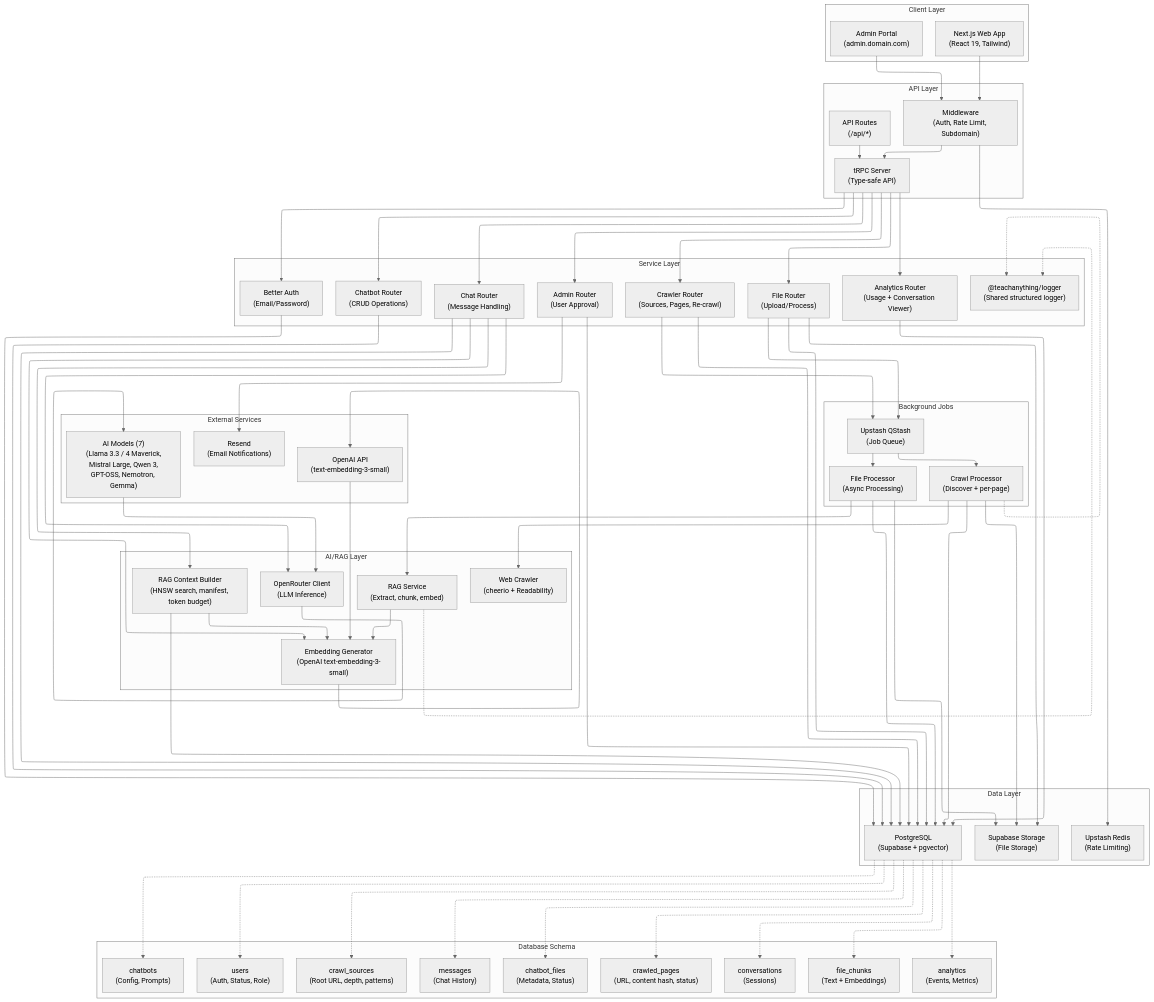
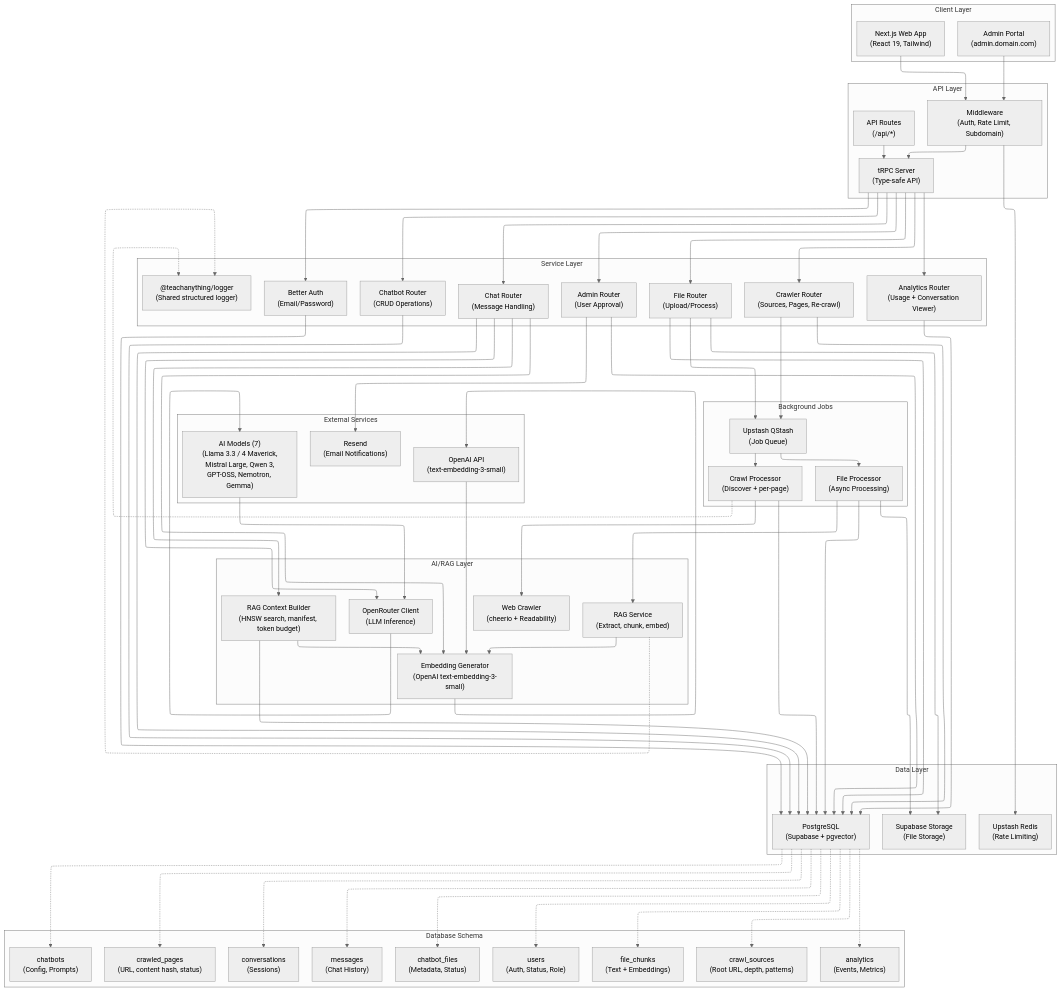
One commit to akhileshrangani4/teachanything changed the diagram in apps/web/public/diagrams/architecture/system_architecture.mmd. Above: the diagram before and after it, drawn with Mermaid (neutral theme). The commit also changed 12 other files, not shown here.

```diff
--- a/apps/web/public/diagrams/architecture/system_architecture.mmd
+++ b/apps/web/public/diagrams/architecture/system_architecture.mmd
@@ -1,81 +1,81 @@
 ---
 config:
   layout: elk
 ---
 flowchart TB
  subgraph subGraph0["Client Layer"]
         WebApp["Next.js Web App<br>(React 19, Tailwind)"]
         AdminPortal["Admin Portal<br>(admin.domain.com)"]
   end
  subgraph subGraph1["API Layer"]
         tRPC["tRPC Server<br>(Type-safe API)"]
         Middleware["Middleware<br>(Auth, Rate Limit, Subdomain)"]
         APIRoutes["API Routes<br>(/api/*)"]
   end
  subgraph subGraph2["Service Layer"]
         AuthService["Better Auth<br>(Email/Password)"]
         ChatRouter["Chat Router<br>(Message Handling)"]
         ChatbotRouter["Chatbot Router<br>(CRUD Operations)"]
         FileRouter["File Router<br>(Upload/Process)"]
         AdminRouter["Admin Router<br>(User Approval)"]
         AnalyticsRouter["Analytics Router<br>(Usage + Conversation Viewer)"]
         CrawlerRouter["Crawler Router<br>(Sources, Pages, Re-crawl)"]
         Logger["@teachanything/logger<br>(Shared structured logger)"]
   end
  subgraph subGraph3["AI/RAG Layer"]
         OpenRouter["OpenRouter Client<br>(LLM Inference)"]
         RAGService["RAG Service<br>(Extract, chunk, embed)"]
         RAGContext["RAG Context Builder<br>(HNSW search, manifest, token budget)"]
         EmbeddingGen["Embedding Generator<br>(OpenAI text-embedding-3-small)"]
         Crawler["Web Crawler<br>(cheerio + Readability)"]
   end
  subgraph subGraph4["Data Layer"]
         PostgreSQL["PostgreSQL<br>(Supabase + pgvector)"]
         Storage["Supabase Storage<br>(File Storage)"]
         Redis["Upstash Redis<br>(Rate Limiting)"]
   end
  subgraph subGraph5["Background Jobs"]
         QStash["Upstash QStash<br>(Job Queue)"]
         FileProcessor["File Processor<br>(Async Processing)"]
         CrawlProcessor["Crawl Processor<br>(Discover + per-page)"]
   end
  subgraph subGraph6["External Services"]
         Models["AI Models (7)<br>(Llama 3.3 / 4 Maverick,<br>Mistral Large, Qwen 3,<br>GPT-OSS, Nemotron, Gemma)"]
         OpenAI["OpenAI API<br>(text-embedding-3-small)"]
         Resend["Resend<br>(Email Notifications)"]
   end
  subgraph subGraph7["Database Schema"]
         Users["users<br>(Auth, Status, Role)"]
         Chatbots["chatbots<br>(Config, Prompts)"]
         Files["chatbot_files<br>(Metadata, Status)"]
         Chunks["file_chunks<br>(Text + Embeddings)"]
         Conversations["conversations<br>(Sessions)"]
         Messages["messages<br>(Chat History)"]
         Analytics["analytics<br>(Events, Metrics)"]
         CrawlSources["crawl_sources<br>(Root URL, depth, patterns)"]
         CrawledPages["crawled_pages<br>(URL, content hash, status)"]
   end
     WebApp --> Middleware
     AdminPortal --> Middleware
     Middleware --> tRPC & Redis
     tRPC --> AuthService & ChatRouter & ChatbotRouter & FileRouter & AdminRouter & AnalyticsRouter & CrawlerRouter
     ChatRouter --> EmbeddingGen & OpenRouter & PostgreSQL & RAGContext
     FileRouter --> Storage & QStash & PostgreSQL
     CrawlerRouter --> QStash & PostgreSQL
     AdminRouter --> Resend & PostgreSQL
     QStash --> FileProcessor & CrawlProcessor
     FileProcessor --> RAGService & Storage & PostgreSQL
-    CrawlProcessor --> Crawler & Storage & PostgreSQL
+    CrawlProcessor --> Crawler & PostgreSQL
     RAGService --> EmbeddingGen
     RAGContext --> EmbeddingGen & PostgreSQL
     OpenRouter --> Models
     Models --> OpenRouter
     EmbeddingGen --> OpenAI
     OpenAI --> EmbeddingGen
     ChatbotRouter --> PostgreSQL
     AnalyticsRouter --> PostgreSQL
     AuthService --> PostgreSQL
     RAGService -.-> Logger
     CrawlProcessor -.-> Logger
     PostgreSQL -.-> Users & Chatbots & Files & Chunks & Conversations & Messages & Analytics & CrawlSources & CrawledPages
     APIRoutes --> tRPC
```
